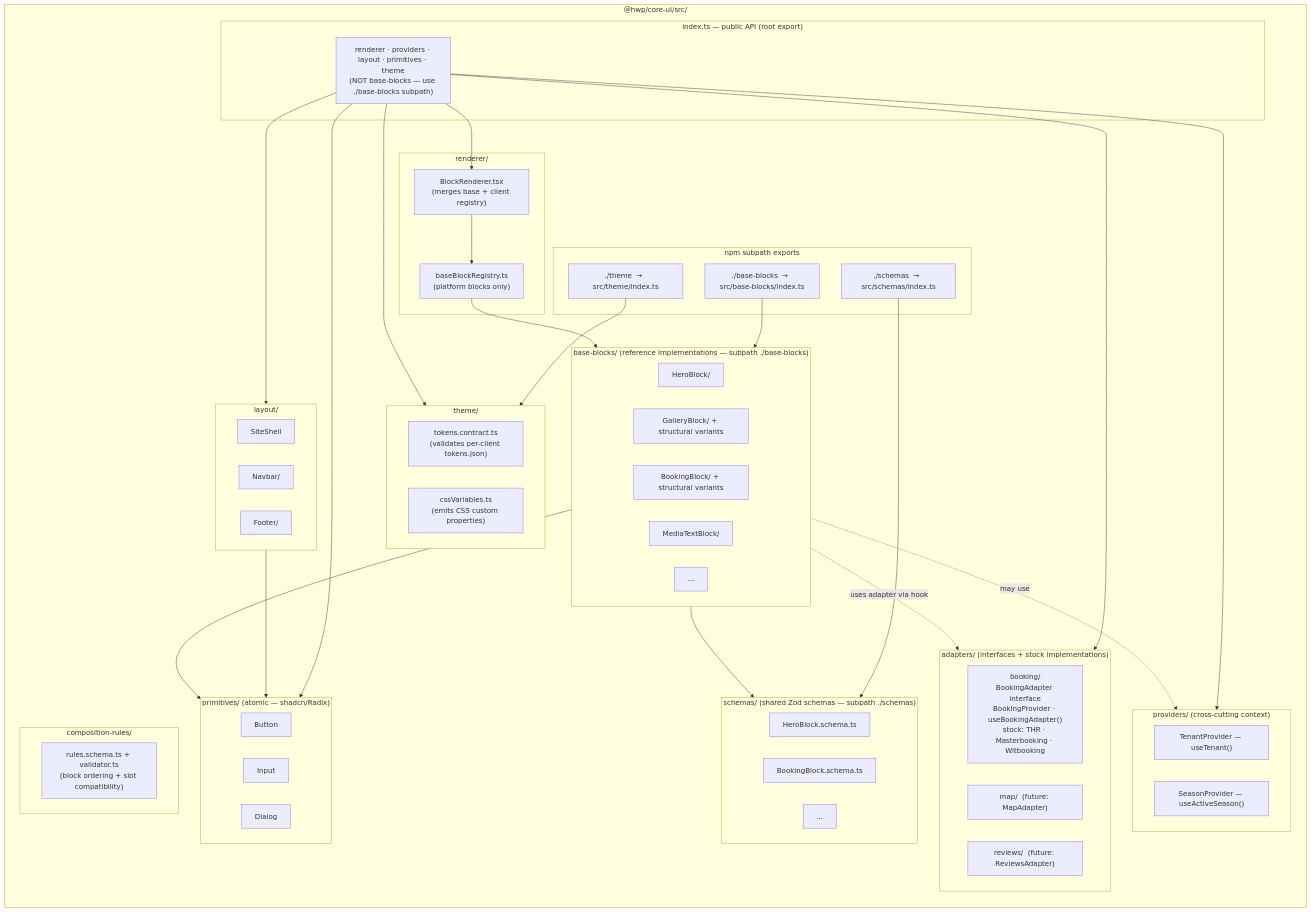
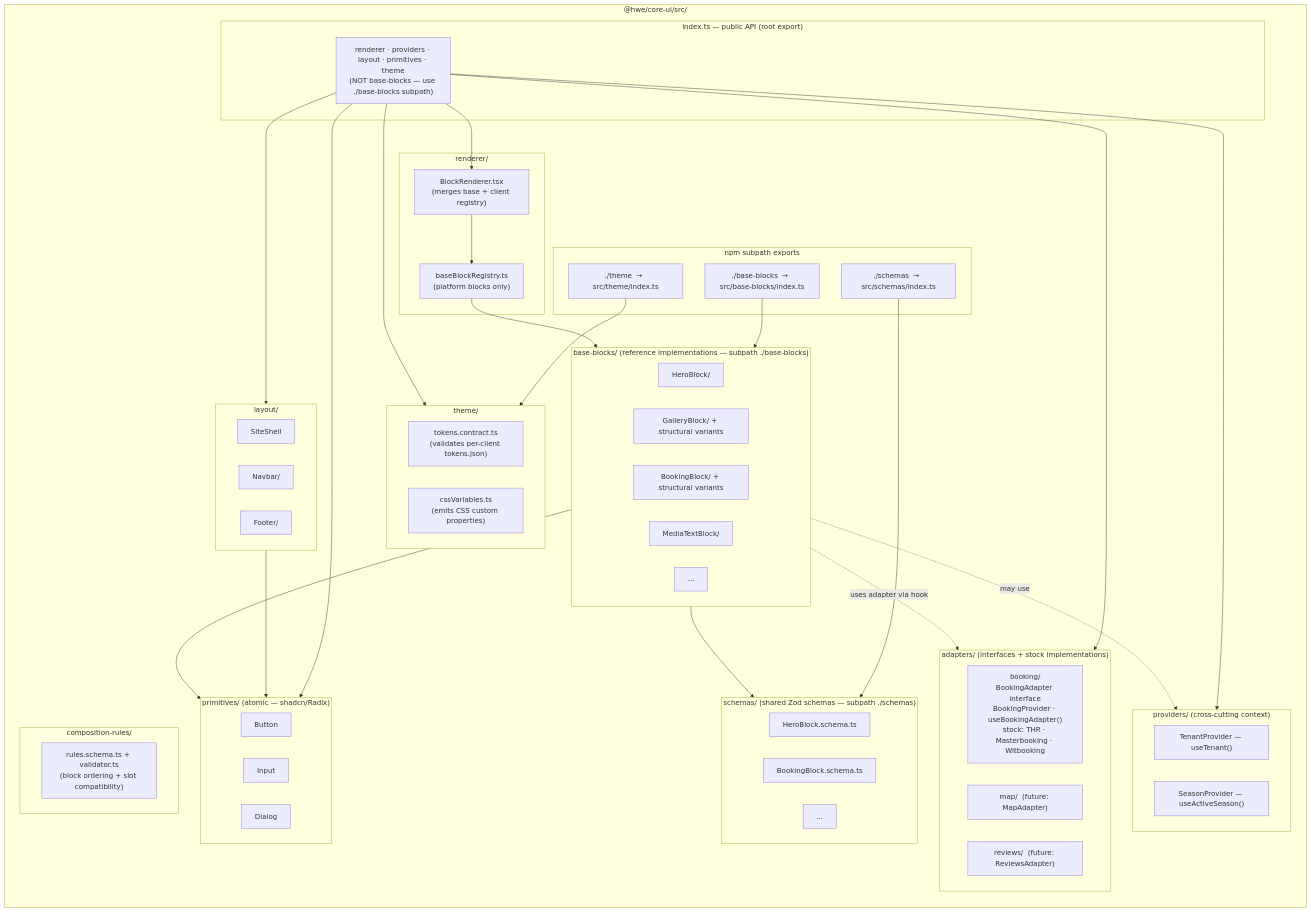
One commit to AD-Web-Headless-IA/hwe-tools changed the diagram in docs/diagrams/core-ui-internal.md. Above: the diagram before and after it, drawn with Mermaid. The commit also changed other lines of this file and 90 other files, not shown here.

Commit message:
modificadas referencias de hwp a hwe

````diff
--- a/docs/diagrams/core-ui-internal.md
+++ b/docs/diagrams/core-ui-internal.md
@@ -7,6 +7,6 @@
 ```mermaid
 flowchart TB
-  subgraph coreui["@hwp/core-ui/src/"]
+  subgraph coreui["@hwe/core-ui/src/"]
     direction TB
 
     subgraph public["index.ts — public API (root export)"]
````
